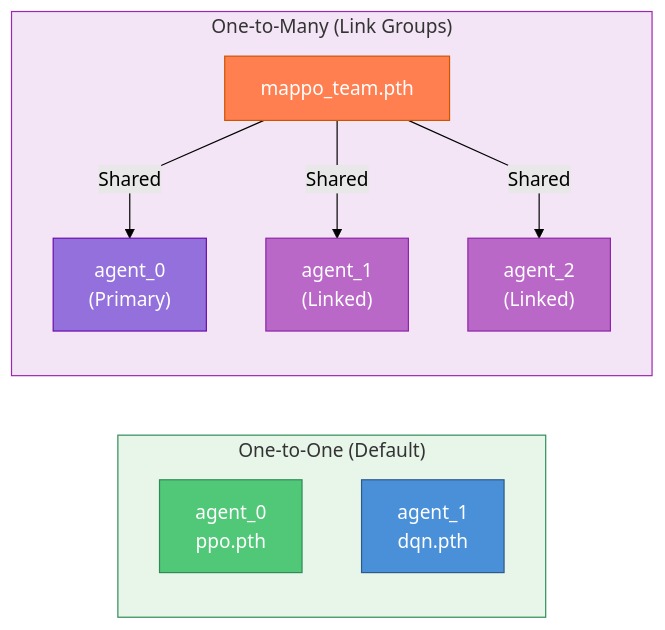
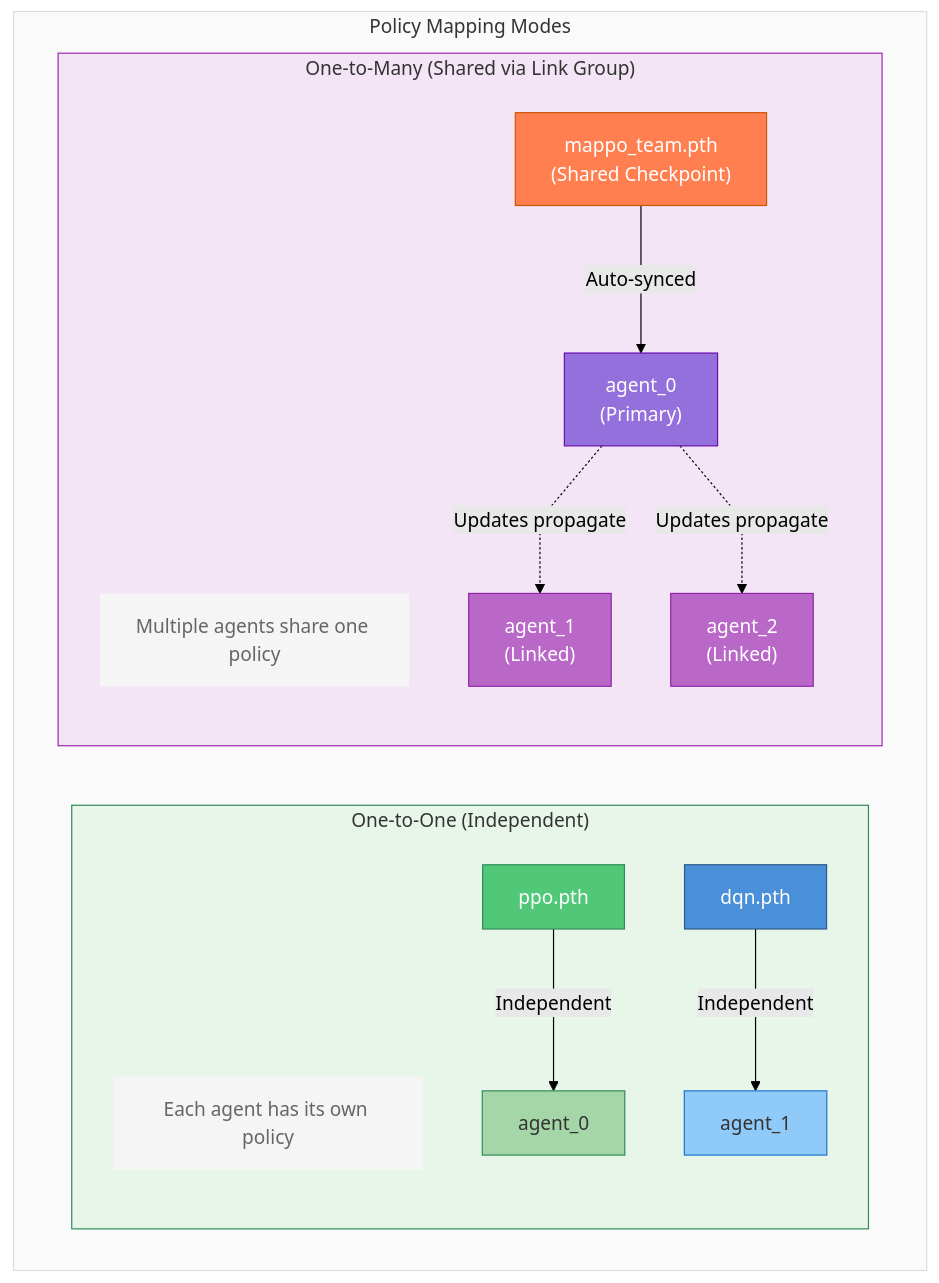
The diagram in docs/source/index.rst (Abdulhamid97Mousa/mosaic), drawn with Mermaid (forest theme) before and after one commit. The commit also changed other lines of this file and 83 other files, not shown here.

```diff
--- a/docs/source/index.rst
+++ b/docs/source/index.rst
@@ -215,30 +214,48 @@
 .. mermaid::
 
    %%{init: {"flowchart": {"curve": "linear"}} }%%
-   graph LR
-       subgraph ONE["One-to-One (Default)"]
-           direction TB
-           A0["agent_0<br/>ppo.pth"]
-           A1["agent_1<br/>dqn.pth"]
+   graph TB
+       subgraph SCENARIO["Policy Mapping Modes"]
+           direction LR
+
+           subgraph ONE["One-to-One (Independent)"]
+               direction TB
+               ONE_TITLE["Each agent has its own policy"]
+               PPO["ppo.pth"]
+               DQN["dqn.pth"]
+               A0["agent_0"]
+               A1["agent_1"]
+
+               PPO -->|"Independent"| A0
+               DQN -->|"Independent"| A1
+
+               style ONE_TITLE fill:#f5f5f5,stroke:none,color:#666
+               style PPO fill:#50c878,stroke:#2e8b57,color:#fff
+               style DQN fill:#4a90d9,stroke:#2e5a87,color:#fff
+               style A0 fill:#a5d6a7,stroke:#2e8b57,color:#333
+               style A1 fill:#90caf9,stroke:#1976d2,color:#333
+           end
+
+           subgraph MANY["One-to-Many (Shared via Link Group)"]
+               direction TB
+               MANY_TITLE["Multiple agents share one policy"]
+               CHECKPOINT["mappo_team.pth<br/>(Shared Checkpoint)"]
+               B0["agent_0<br/>(Primary)"]
+               B1["agent_1<br/>(Linked)"]
+               B2["agent_2<br/>(Linked)"]
+
+               CHECKPOINT -->|"Auto-synced"| B0
+               B0 -.->|"Updates propagate"| B1
+               B0 -.->|"Updates propagate"| B2
+
+               style MANY_TITLE fill:#f5f5f5,stroke:none,color:#666
+               style CHECKPOINT fill:#ff7f50,stroke:#cc5500,color:#fff
+               style B0 fill:#9370db,stroke:#6a0dad,color:#fff
+               style B1 fill:#ba68c8,stroke:#8e24aa,color:#fff
+               style B2 fill:#ba68c8,stroke:#8e24aa,color:#fff
+           end
        end
 
-       subgraph MANY["One-to-Many (Link Groups)"]
-           direction TB
-           CHECKPOINT["mappo_team.pth"]
-           B0["agent_0<br/>(Primary)"]
-           B1["agent_1<br/>(Linked)"]
-           B2["agent_2<br/>(Linked)"]
-
-           CHECKPOINT -->|"Shared"| B0
-           CHECKPOINT -->|"Shared"| B1
-           CHECKPOINT -->|"Shared"| B2
-       end
-
+       style SCENARIO fill:#fafafa,stroke:#ddd,color:#333
        style ONE fill:#e8f5e9,stroke:#2e8b57,color:#333
        style MANY fill:#f3e5f5,stroke:#9c27b0,color:#333
-       style A0 fill:#50c878,stroke:#2e8b57,color:#fff
-       style A1 fill:#4a90d9,stroke:#2e5a87,color:#fff
-       style CHECKPOINT fill:#ff7f50,stroke:#cc5500,color:#fff
-       style B0 fill:#9370db,stroke:#6a0dad,color:#fff
-       style B1 fill:#ba68c8,stroke:#8e24aa,color:#fff
-       style B2 fill:#ba68c8,stroke:#8e24aa,color:#fff
```
